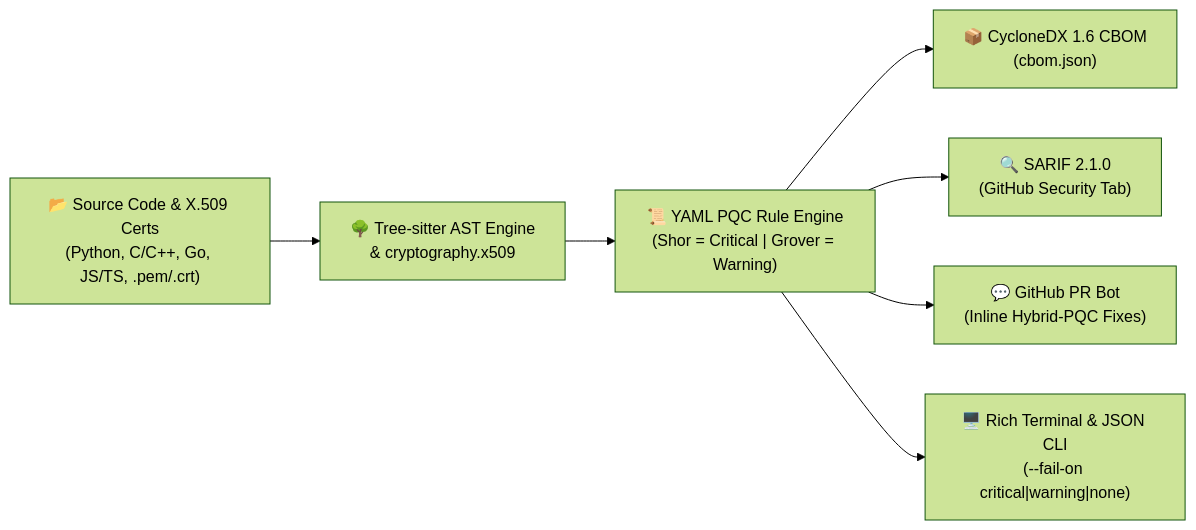
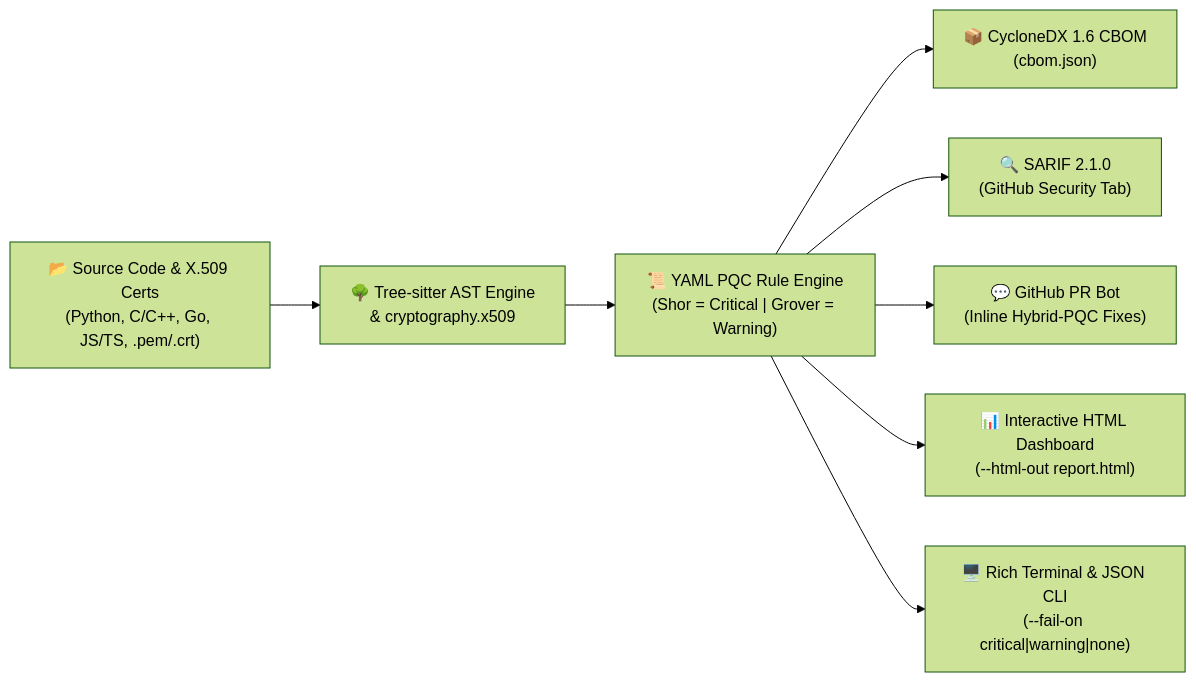
Before and after one commit to PelleNybe/cbom-guard: the diagram in README.md, drawn with Mermaid (forest theme). The commit also changed other lines of this file and 2 other files, not shown here.

Commit message:
docs: upgrade README with animated SVG banner, sponsor button, credits, and HTML footer links

````diff
--- a/README.md
+++ b/README.md
@@ -46,9 +51,10 @@
 ```mermaid
 flowchart LR
     A["📂 Source Code & X.509 Certs<br/>(Python, C/C++, Go, JS/TS, .pem/.crt)"] --> B["🌳 Tree-sitter AST Engine<br/>& cryptography.x509"]
     B --> C["📜 YAML PQC Rule Engine<br/>(Shor = Critical | Grover = Warning)"]
     C --> D["📦 CycloneDX 1.6 CBOM<br/>(cbom.json)"]
     C --> E["🔍 SARIF 2.1.0<br/>(GitHub Security Tab)"]
     C --> F["💬 GitHub PR Bot<br/>(Inline Hybrid-PQC Fixes)"]
-    C --> G["🖥️ Rich Terminal & JSON CLI<br/>(--fail-on critical|warning|none)"]
+    C --> G["📊 Interactive HTML Dashboard<br/>(--html-out report.html)"]
+    C --> H["🖥️ Rich Terminal & JSON CLI<br/>(--fail-on critical|warning|none)"]
 ```
````
